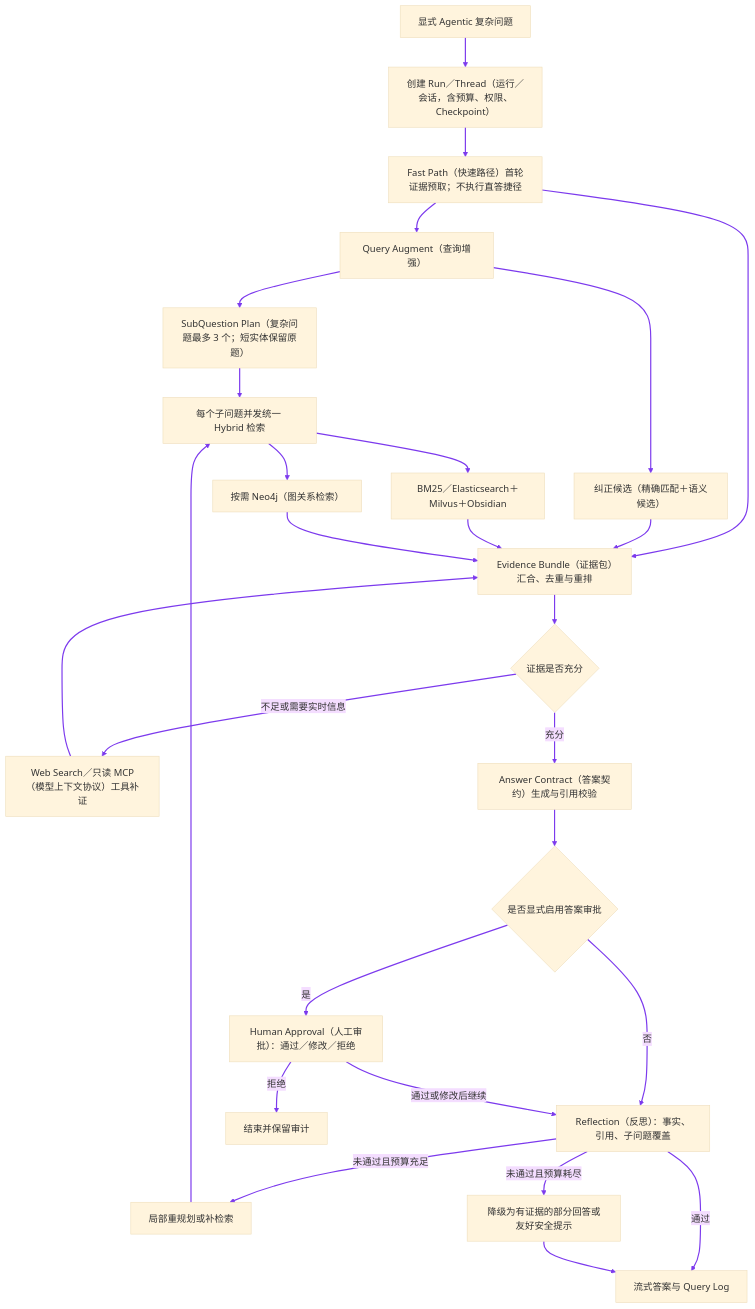
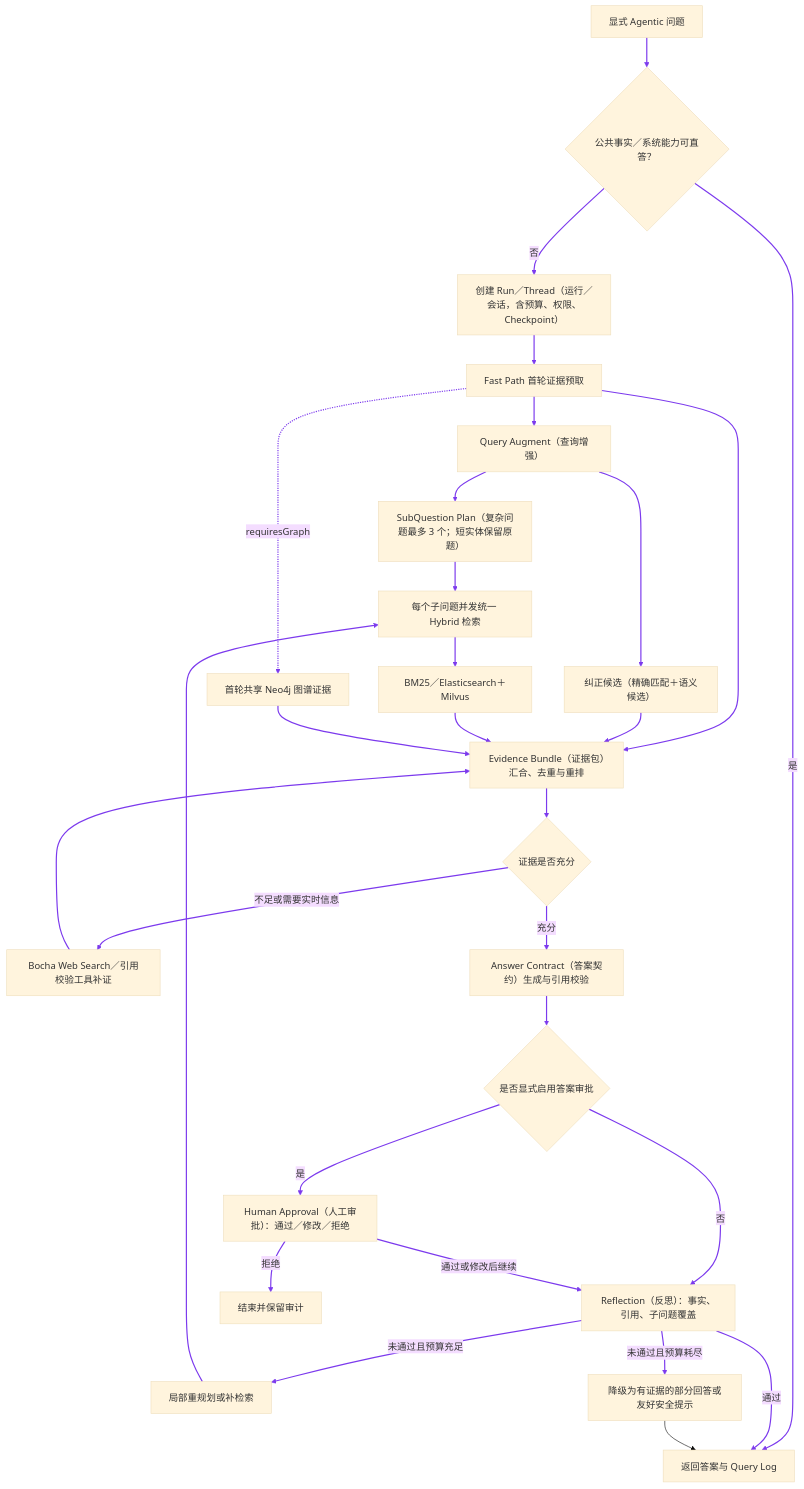
Before and after one commit to monstereatai/RAG: the sixth of 29 diagrams in docs/interview/功能步骤流程.md, drawn with Mermaid (base theme). The commit also changed other lines of this file and 37 other files, not shown here.

````diff
--- a/docs/interview/功能步骤流程.md
+++ b/docs/interview/功能步骤流程.md
@@ -259,30 +319,32 @@
 ```mermaid
 flowchart TB
-  A[显式 Agentic 复杂问题] --> B[创建 Run／Thread（运行／会话，含预算、权限、Checkpoint）]
-  B --> C[Fast Path（快速路径）首轮证据预取；不执行直答捷径]
+  A[显式 Agentic 问题] --> A1{公共事实／系统能力可直答？}
+  A1 -->|是| R[返回答案与 Query Log]
+  A1 -->|否| B[创建 Run／Thread（运行／会话，含预算、权限、Checkpoint）]
+  B --> C[Fast Path 首轮证据预取]
   C --> D[Query Augment（查询增强）]
   D --> E[SubQuestion Plan（复杂问题最多 3 个；短实体保留原题）]
   D --> F[纠正候选（精确匹配＋语义候选）]
   E --> G[每个子问题并发统一 Hybrid 检索]
-  G --> H[BM25／Elasticsearch＋Milvus＋Obsidian]
-  G --> I[按需 Neo4j（图关系检索）]
+  G --> H[BM25／Elasticsearch＋Milvus]
+  C -. requiresGraph .-> I[首轮共享 Neo4j 图谱证据]
   C --> J[复用首轮 Fast Path 证据]
   F --> J[Evidence Bundle（证据包）汇合、去重与重排]
   H --> J
   I --> J
   J --> K{证据是否充分}
-  K -->|不足或需要实时信息| L[Web Search／只读 MCP（模型上下文协议）工具补证]
+  K -->|不足或需要实时信息| L[Bocha Web Search／引用校验工具补证]
   L --> J
   K -->|充分| M[Answer Contract（答案契约）生成与引用校验]
   M --> N{是否显式启用答案审批}
   N -->|是| O[Human Approval（人工审批）：通过／修改／拒绝]
   N -->|否| P[Reflection（反思）：事实、引用、子问题覆盖]
   O -->|通过或修改后继续| P
   O -->|拒绝| Q[结束并保留审计]
-  P -->|通过| R[流式答案与 Query Log]
+  P -->|通过| R
   P -->|未通过且预算充足| S[局部重规划或补检索]
   S --> G
   P -->|未通过且预算耗尽| T[降级为有证据的部分回答或友好安全提示]
   T --> R
-  linkStyle 0,1,2,3,4,5,6,7,8,9,10,11,12,13,14,15,16,17,18,19,20,21,22,23,24,25 stroke:#7c3aed,stroke-width:2px
+  linkStyle 0,1,2,3,4,5,6,7,8,9,10,11,12,13,14,15,16,17,18,19,20,21,22,23,24,25,26 stroke:#7c3aed,stroke-width:2px
 ```
````
